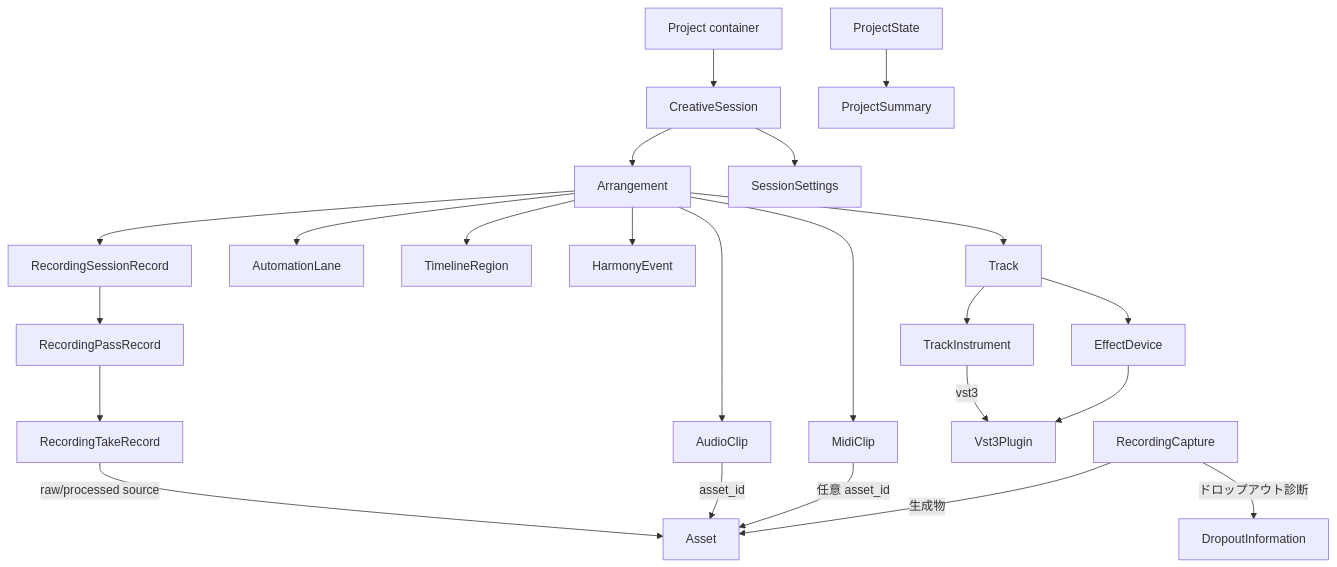
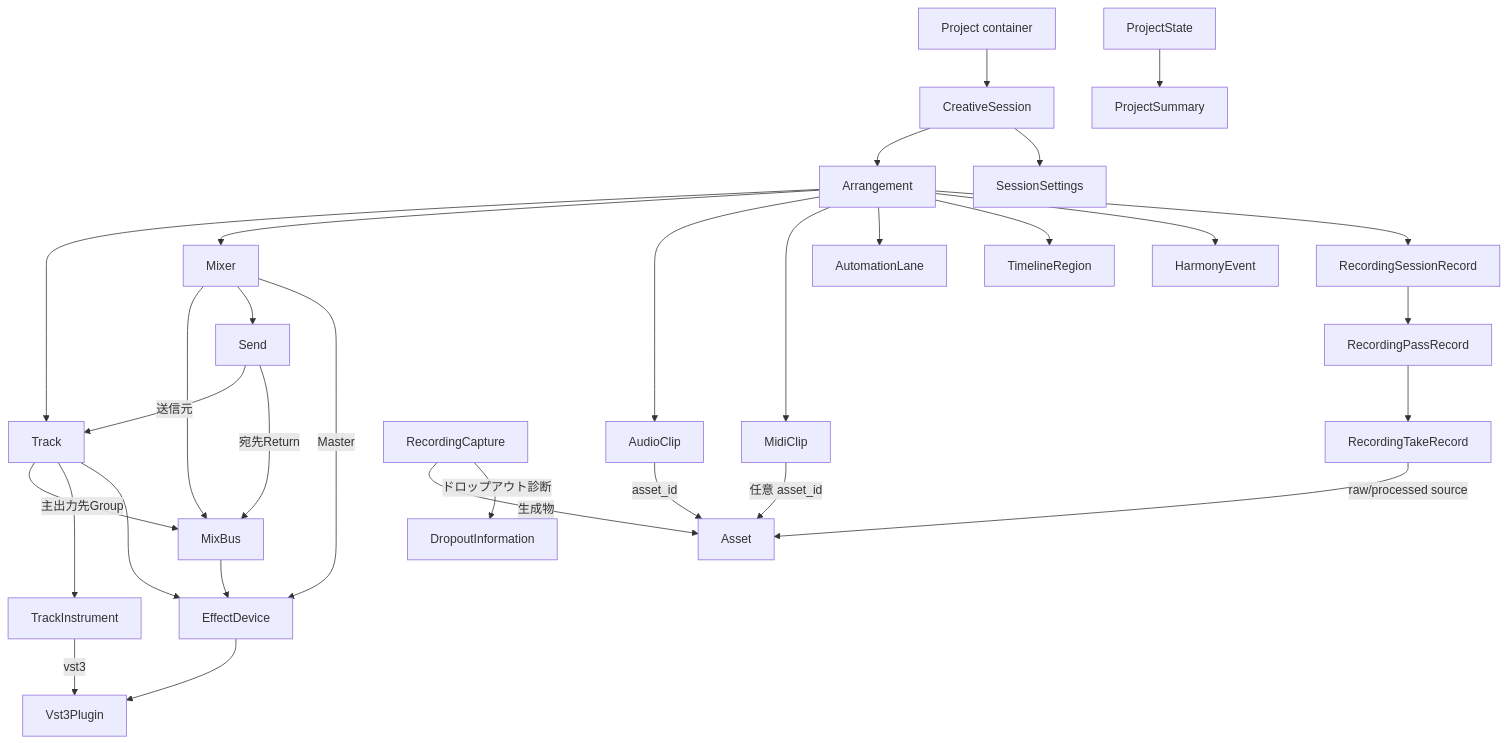
One commit to endo-ly/riffra changed the diagram in docs/data-model.md. Above: the diagram before and after it, drawn with Mermaid. The commit also changed other lines of this file and 6 other files, not shown here.

````diff
--- a/docs/data-model.md
+++ b/docs/data-model.md
@@ -158,25 +163,33 @@
 ```mermaid
 flowchart TD
     PC[Project container] --> CS[CreativeSession]
     PS[ProjectState] --> PM[ProjectSummary]
     CS --> AR[Arrangement]
     AR --> TR[Track]
+    AR --> MX[Mixer]
+    MX --> MB[MixBus]
+    MX --> SN[Send]
+    MX -->|Master| ED[EffectDevice]
+    MB --> ED
+    TR -->|主出力先Group| MB
+    SN -->|送信元| TR
+    SN -->|宛先Return| MB
     AR --> AC[AudioClip]
     AR --> MC[MidiClip]
     AR --> AU[AutomationLane]
     AR --> RG[TimelineRegion]
     AR --> HE[HarmonyEvent]
     AR --> RS[RecordingSessionRecord]
     RS --> RP[RecordingPassRecord]
     RP --> RT[RecordingTakeRecord]
     RT -->|raw/processed source| AS[Asset]
     AC -->|asset_id| AS
     MC -->|任意 asset_id| AS
     TR --> TI[TrackInstrument]
     TR --> ED[EffectDevice]
     TI -->|vst3| VP[Vst3Plugin]
     ED --> VP
     CS --> SE[SessionSettings]
     RC[RecordingCapture] -->|生成物| AS
     RC -->|ドロップアウト診断| DI[DropoutInformation]
 ```
````
